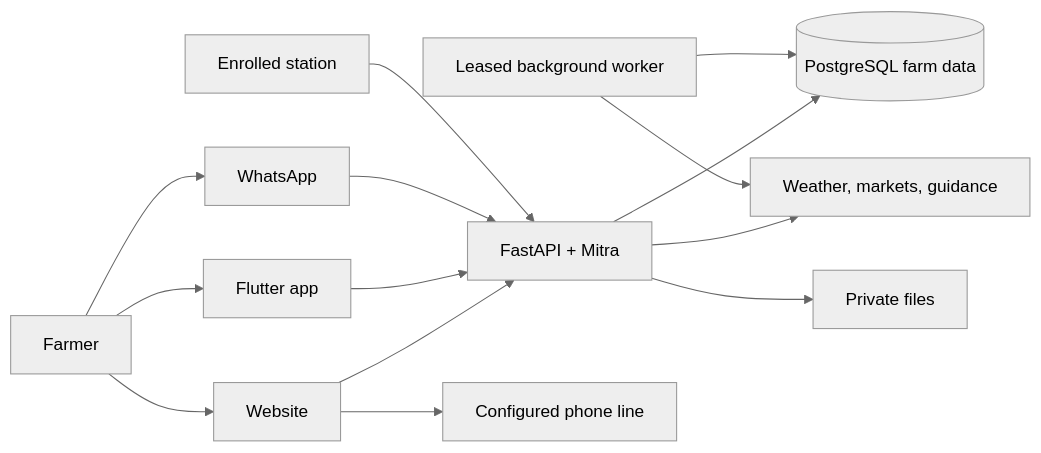
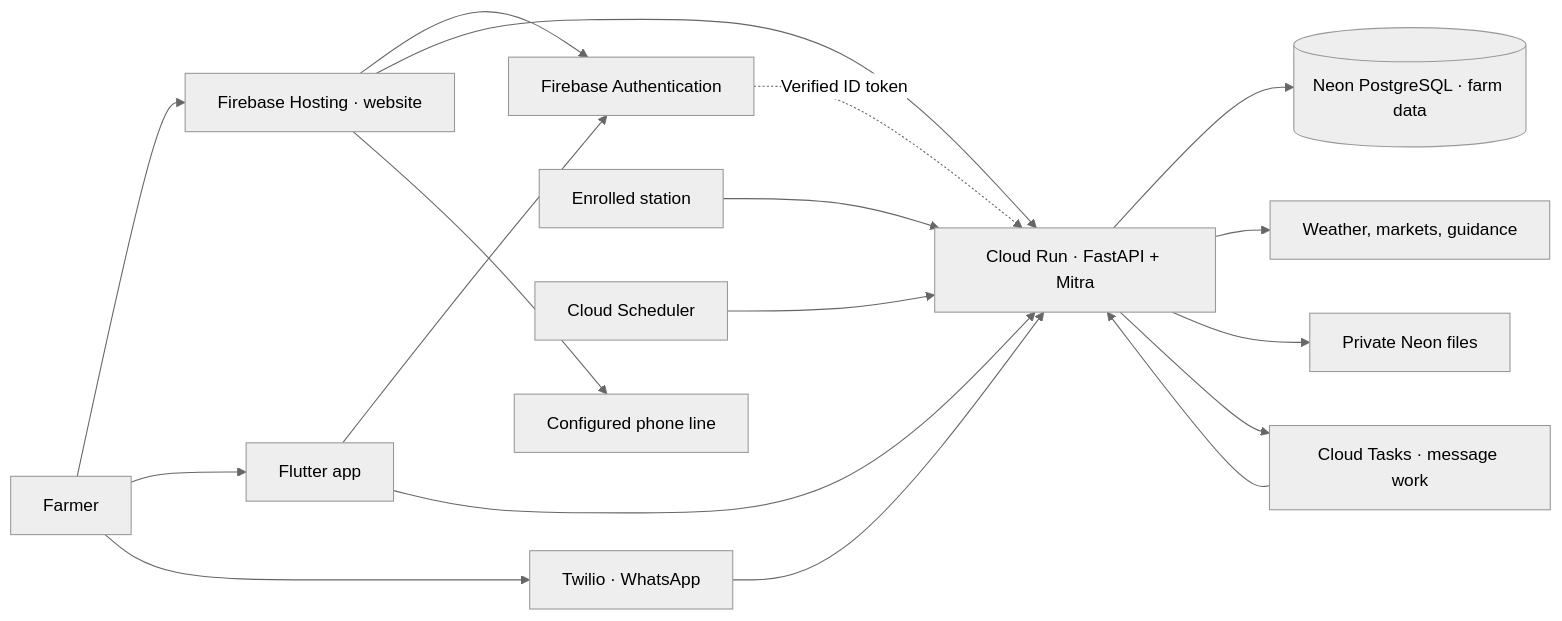
The second of 7 diagrams in README.md (vvinayakkk/kisan-mitra-farm-os), drawn with Mermaid (neutral theme) before and after one commit. The commit also changed other lines of this file and 4 other files, not shown here.

Commit message:
docs: showcase four farm channels on Google Cloud

````diff
--- a/README.md
+++ b/README.md
@@ -106,16 +119,20 @@
 ```mermaid
 flowchart LR
-    Farmer["Farmer"] --> Web["Website"]
+    Farmer["Farmer"] --> Web["Firebase Hosting · website"]
     Farmer --> Mobile["Flutter app"]
-    Farmer --> WA["WhatsApp"]
-    Web --> API["FastAPI + Mitra"]
+    Farmer --> WA["Twilio · WhatsApp"]
+    Web --> Auth["Firebase Authentication"]
+    Mobile --> Auth
+    Web --> API["Cloud Run · FastAPI + Mitra"]
     Mobile --> API
+    Auth -. "Verified ID token" .-> API
     WA --> API
-    API --> Data[("PostgreSQL farm data")]
+    API --> Data[("Neon PostgreSQL · farm data")]
     API --> Sources["Weather, markets, guidance"]
-    API --> Files["Private files"]
+    API --> Files["Private Neon files"]
     Station["Enrolled station"] --> API
-    Worker["Leased background worker"] --> Data
-    Worker --> Sources
+    Scheduler["Cloud Scheduler"] --> API
+    API --> Tasks["Cloud Tasks · message work"]
+    Tasks --> API
     Web --> Call["Configured phone line"]
 ```
````
